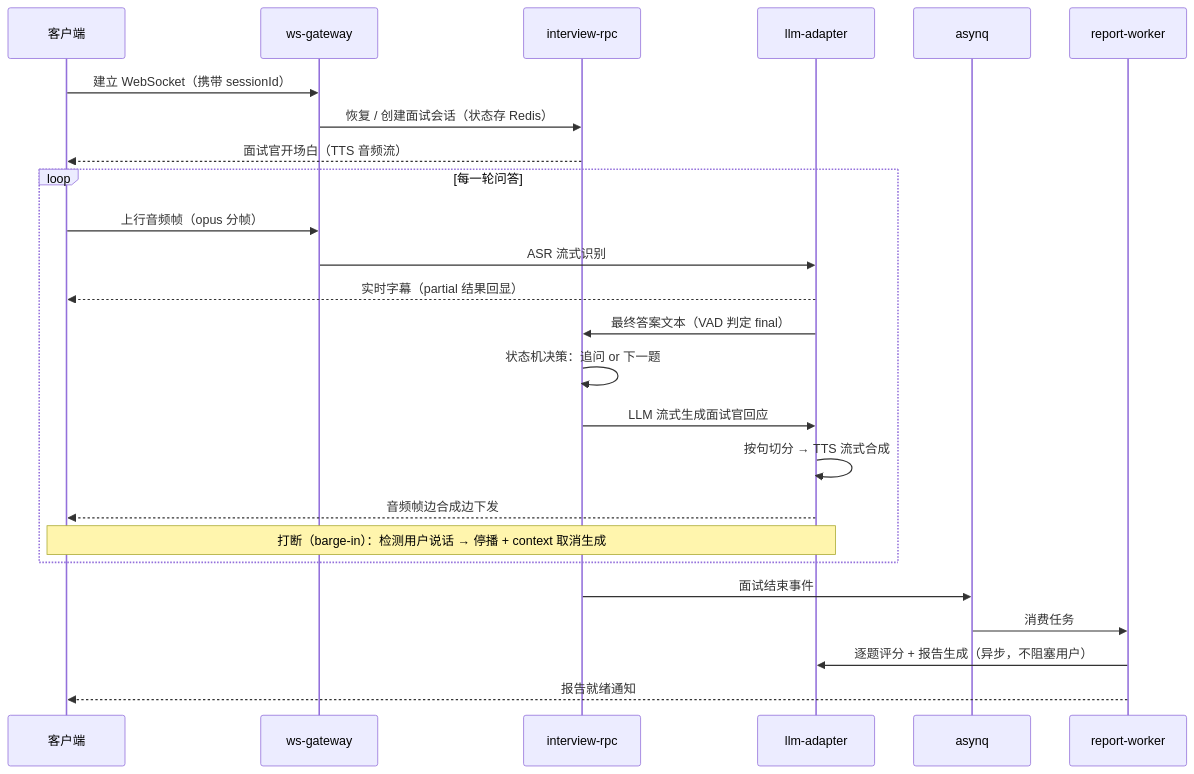
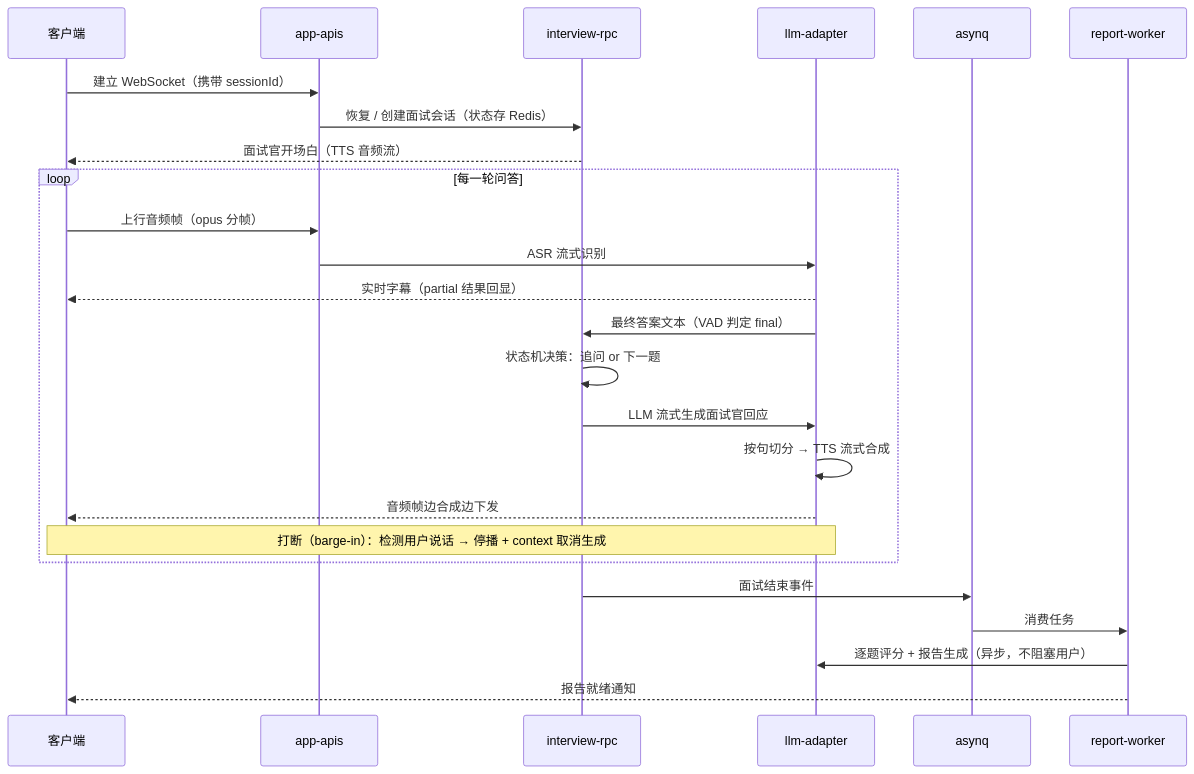
One commit to rotbit/whetstone changed the second of 3 diagrams in docs/技术方案.md. Above: the diagram before and after it, drawn with Mermaid. The commit also changed other lines of this file and 100 other files, not shown here.

````diff
--- a/docs/技术方案.md
+++ b/docs/技术方案.md
@@ -146,28 +142,28 @@
 ```mermaid
 sequenceDiagram
     participant C as 客户端
-    participant W as ws-gateway
+    participant W as app-apis
     participant E as interview-rpc
     participant AD as llm-adapter
     participant Q as asynq
     participant R as report-worker
 
     C->>W: 建立 WebSocket（携带 sessionId）
     W->>E: 恢复 / 创建面试会话（状态存 Redis）
     E-->>C: 面试官开场白（TTS 音频流）
     loop 每一轮问答
         C->>W: 上行音频帧（opus 分帧）
         W->>AD: ASR 流式识别
         AD-->>C: 实时字幕（partial 结果回显）
         AD->>E: 最终答案文本（VAD 判定 final）
         E->>E: 状态机决策：追问 or 下一题
         E->>AD: LLM 流式生成面试官回应
         AD->>AD: 按句切分 → TTS 流式合成
         AD-->>C: 音频帧边合成边下发
         Note over C,AD: 打断（barge-in）：检测用户说话 → 停播 + context 取消生成
     end
     E->>Q: 面试结束事件
     Q->>R: 消费任务
     R->>AD: 逐题评分 + 报告生成（异步，不阻塞用户）
     R-->>C: 报告就绪通知
 ```
````
